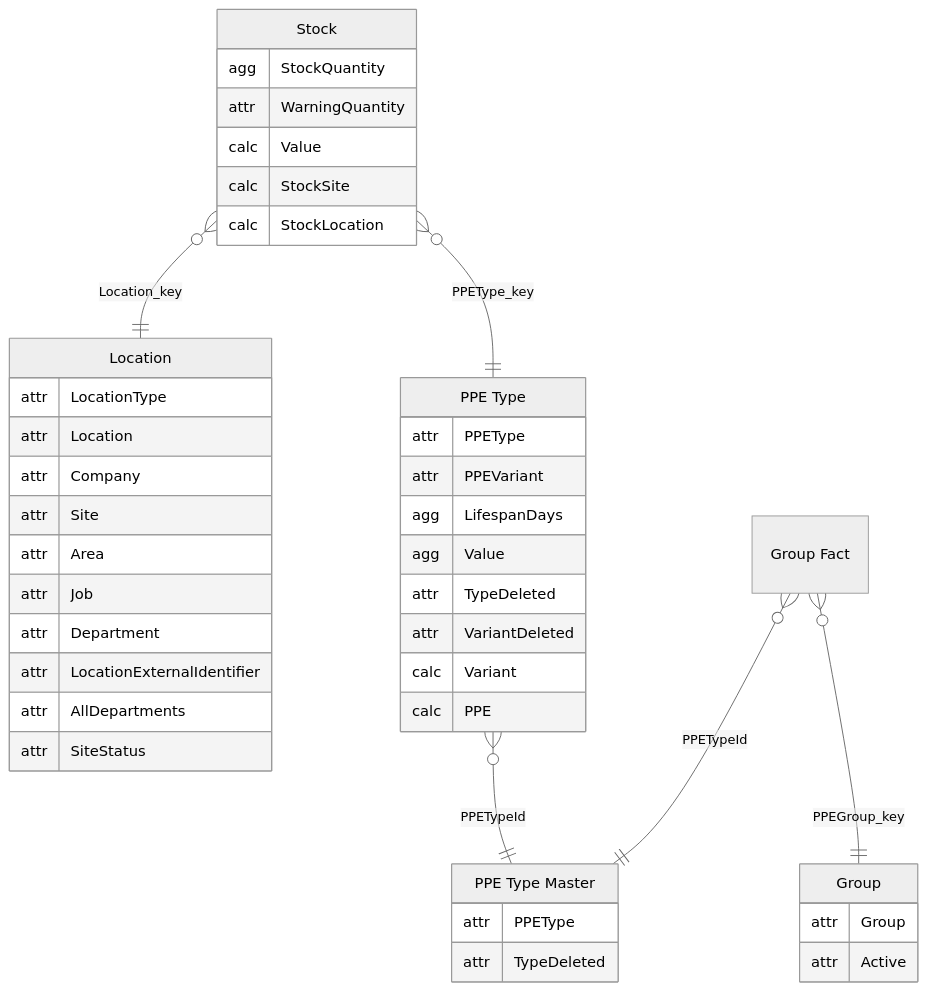
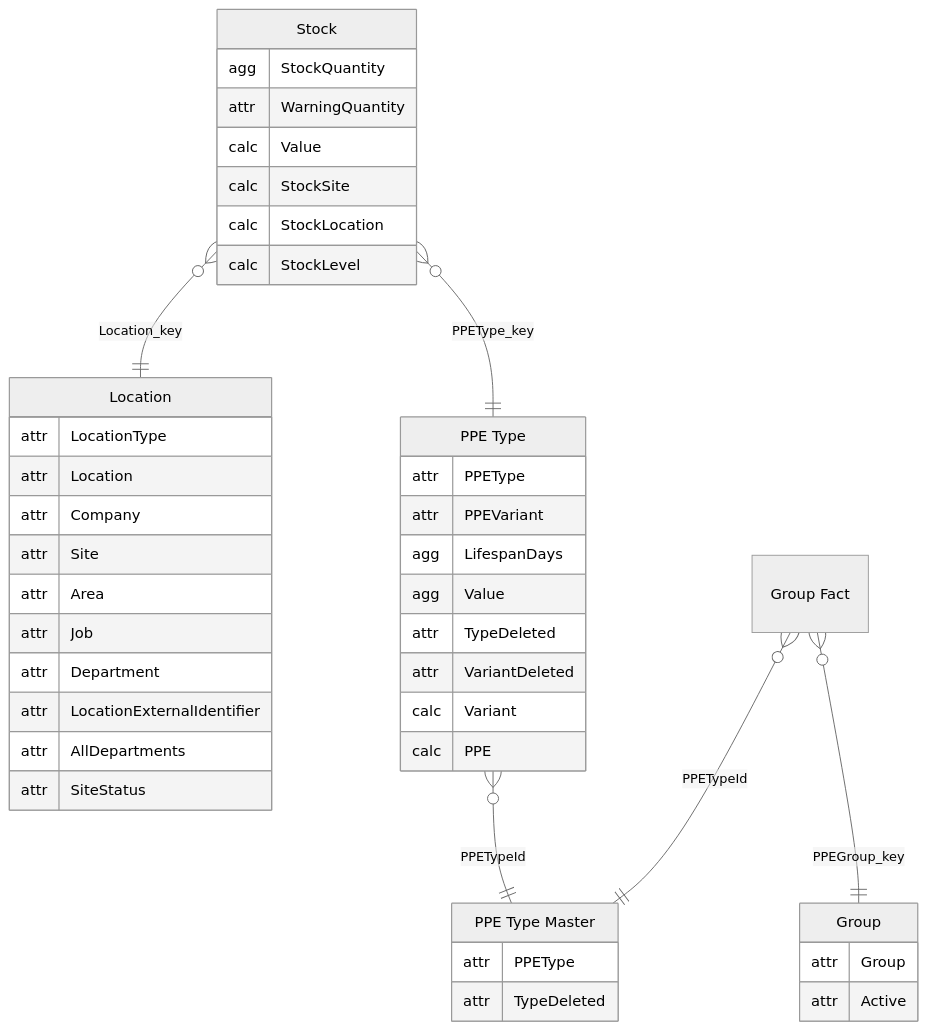
The first of 5 diagrams in PowerBISamplesModels/PPE.md (work-wallet/BIClient), drawn with Mermaid before and after one commit. The commit also changed other lines of this file and 816 other files, not shown here.

````diff
--- a/PowerBISamplesModels/PPE.md
+++ b/PowerBISamplesModels/PPE.md
@@ -7,51 +7,52 @@
 ```mermaid
 ---
 config:
   theme: neutral
 ---
 erDiagram
     "Location" {
         attr LocationType
         attr Location
         attr Company
         attr Site
         attr Area
         attr Job
         attr Department
         attr LocationExternalIdentifier
         attr AllDepartments
         attr SiteStatus
     }
     "Stock" {
         agg StockQuantity
         attr WarningQuantity
         calc Value
         calc StockSite
         calc StockLocation
+        calc StockLevel
     }
     "PPE Type" {
         attr PPEType
         attr PPEVariant
         agg LifespanDays
         agg Value
         attr TypeDeleted
         attr VariantDeleted
         calc Variant
         calc PPE
     }
     "PPE Type Master" {
         attr PPEType
         attr TypeDeleted
     }
     "Group" {
         attr Group
         attr Active
     }
     "Group Fact" {
     }
     "Stock" }o--|| "PPE Type" : "PPEType_key"
     "Stock" }o--|| "Location" : "Location_key"
     "PPE Type" }o--|| "PPE Type Master" : "PPETypeId"
     "Group Fact" }o--|| "Group" : "PPEGroup_key"
     "Group Fact" }o--|| "PPE Type Master" : "PPETypeId"
 ```
````
